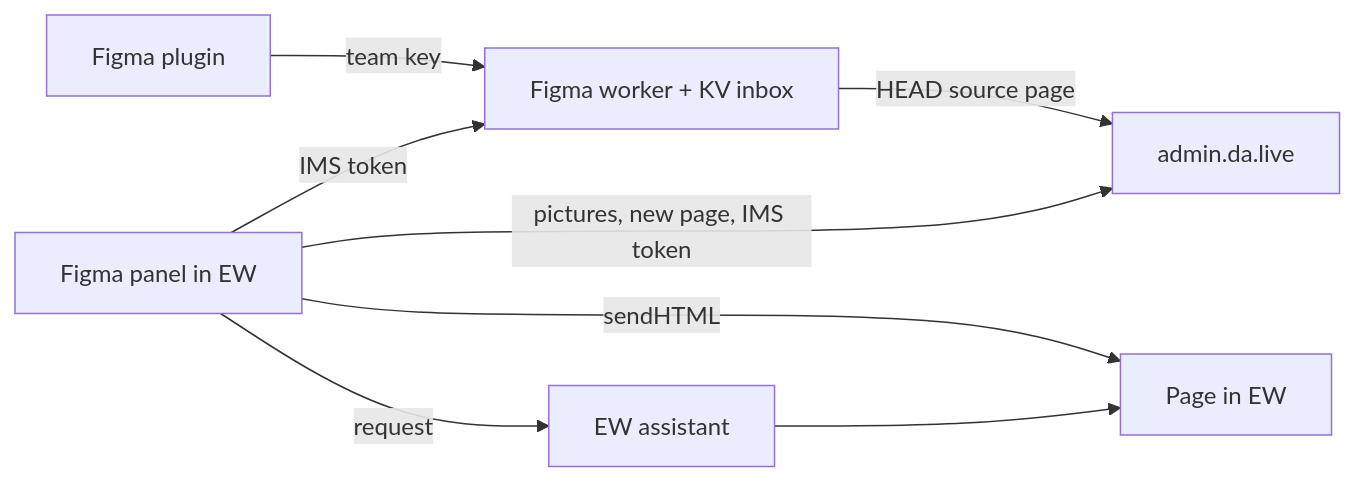
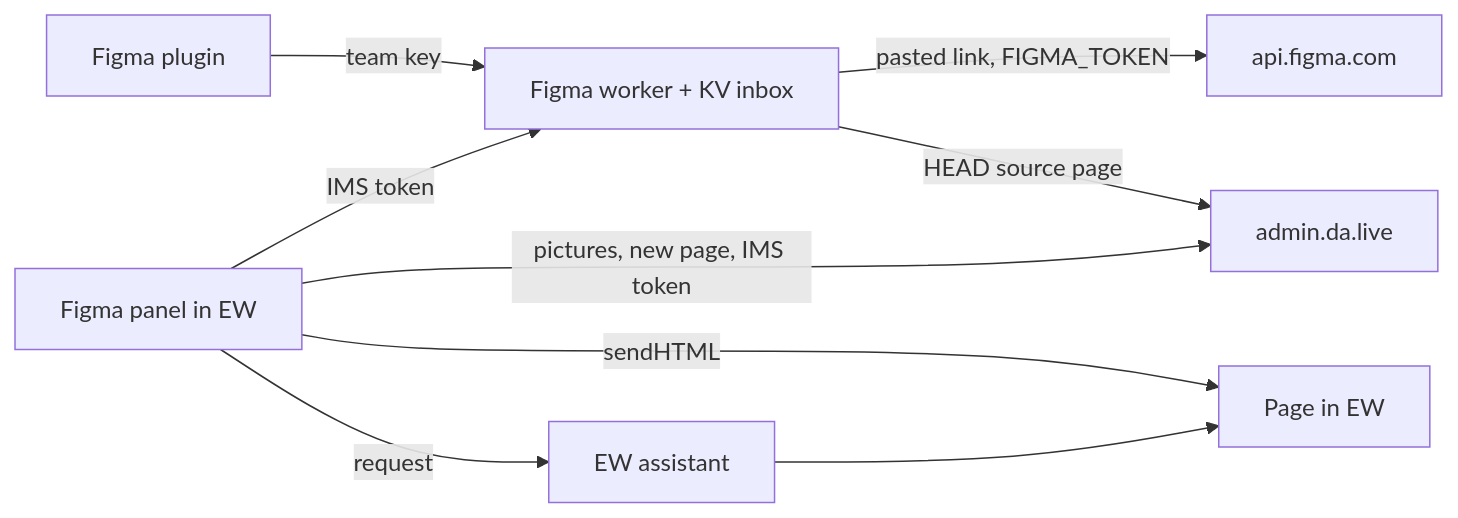
The diagram in tools/figma/README.md (vipult2022/ew-shareready), drawn with Mermaid before and after one commit. The commit also changed other lines of this file and 11 other files, not shown here.

First line of the commit message:
Figma: let authors paste a Figma link in EW

````diff
--- a/tools/figma/README.md
+++ b/tools/figma/README.md
@@ -224,10 +276,11 @@
 ```mermaid
 flowchart LR
   F[Figma plugin] -- team key --> W[Figma worker + KV inbox]
   A[Figma panel in EW] -- IMS token --> W
+  W -- pasted link, FIGMA_TOKEN --> R[api.figma.com]
   W -- HEAD source page --> D[admin.da.live]
   A -- pictures, new page, IMS token --> D
   A -- request --> AI[EW assistant]
   A -- sendHTML --> E[Page in EW]
   AI --> E
 ```
````
